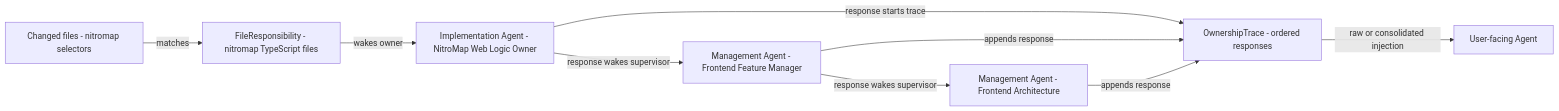
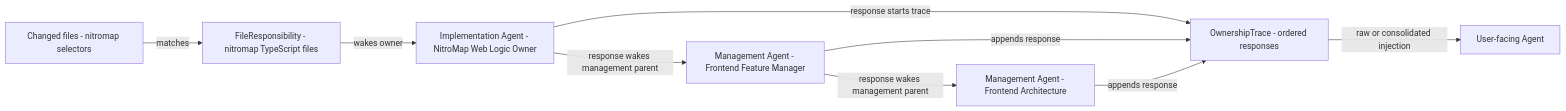
The third of 4 diagrams in xdocs/spec-docs/ownership-map-vision.md (loris-olsem/t3code), drawn with Mermaid before and after one commit. The commit also changed other lines of this file and 22 other files, not shown here.

````diff
--- a/xdocs/spec-docs/ownership-map-vision.md
+++ b/xdocs/spec-docs/ownership-map-vision.md
@@ -1007,19 +1038,19 @@
 ```mermaid
 graph LR
   Change[Changed files - nitromap selectors]
   Resp[FileResponsibility - nitromap TypeScript files]
   Impl[Implementation Agent - NitroMap Web Logic Owner]
   Mgmt1[Management Agent - Frontend Feature Manager]
   Mgmt2[Management Agent - Frontend Architecture]
   Trace[OwnershipTrace - ordered responses]
   Main[User-facing Agent]
 
   Change -- matches --> Resp
   Resp -- wakes owner --> Impl
   Impl -- response starts trace --> Trace
-  Impl -- response wakes supervisor --> Mgmt1
+  Impl -- response wakes management parent --> Mgmt1
   Mgmt1 -- appends response --> Trace
-  Mgmt1 -- response wakes supervisor --> Mgmt2
+  Mgmt1 -- response wakes management parent --> Mgmt2
   Mgmt2 -- appends response --> Trace
   Trace -- raw or consolidated injection --> Main
 ```
````
